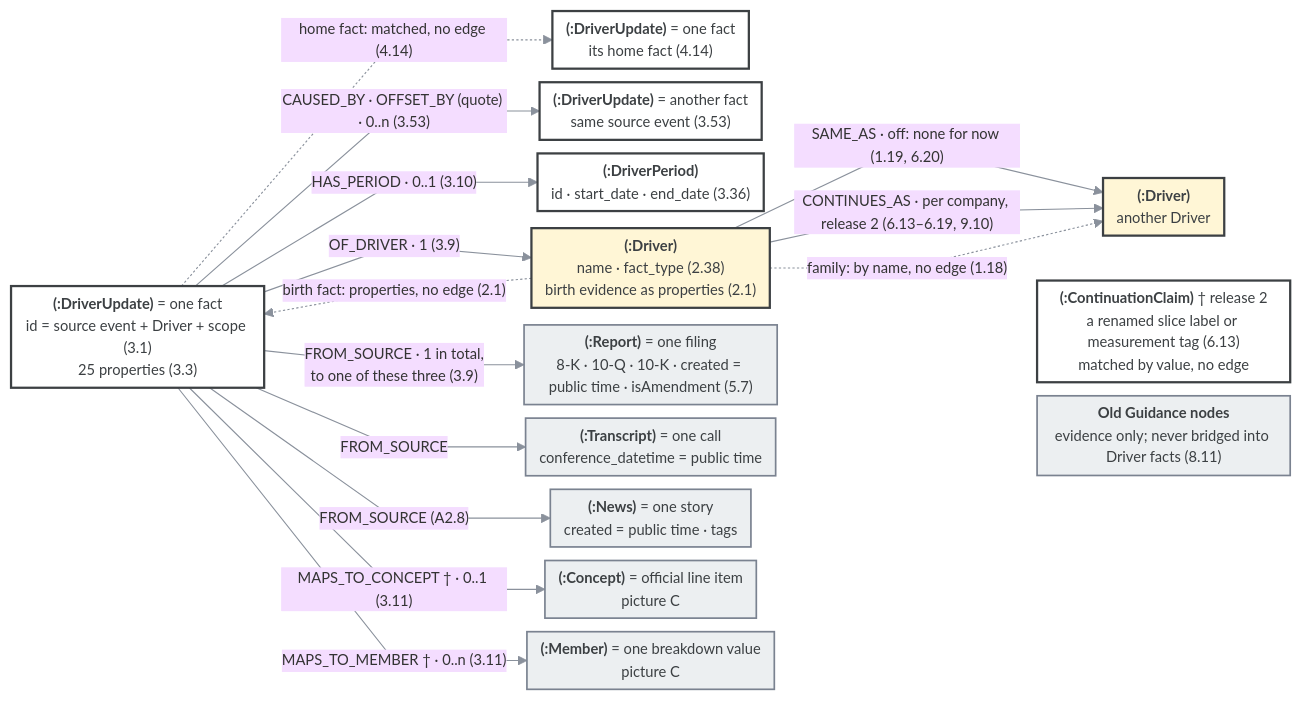
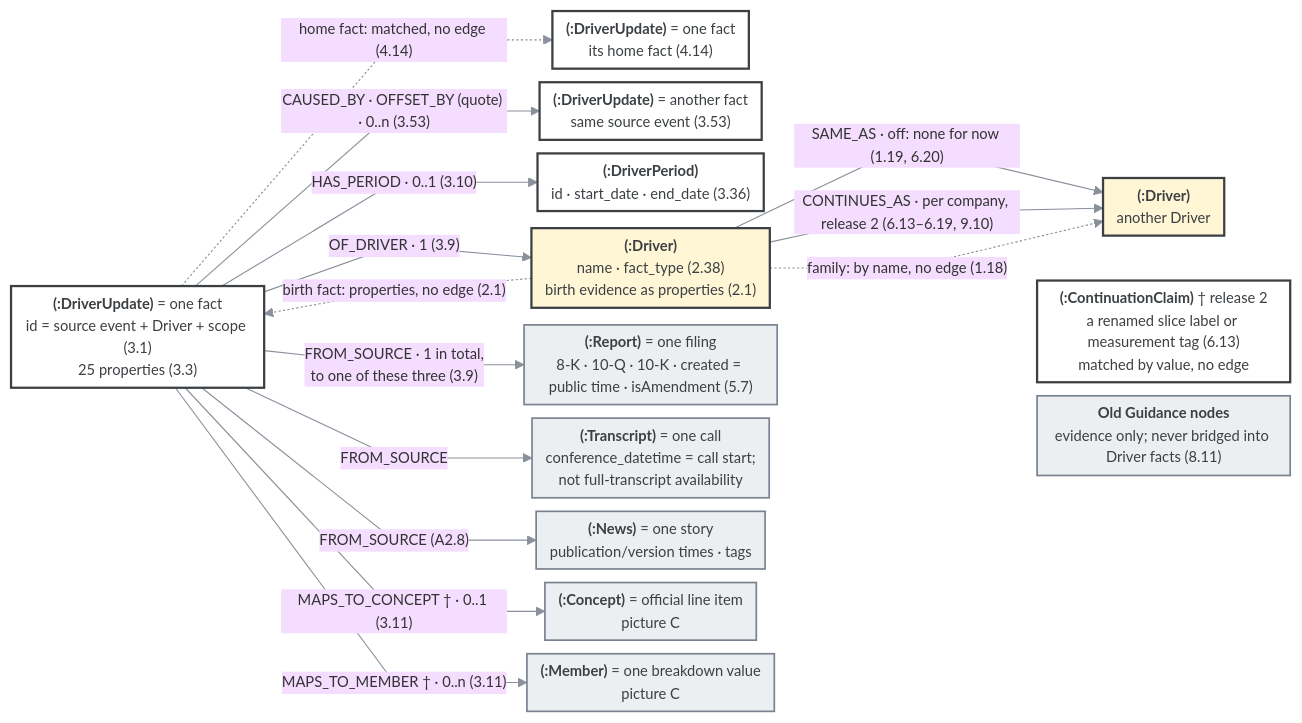
Before and after one commit to faisalanjum/EventTrader: the first of 3 diagrams in .claude/plans/Drivers/DriversFinal/DRIVER_RULES_Categorized.md, drawn with Mermaid. The commit also changed other lines of this file and 2 other files, not shown here.

````diff
--- a/.claude/plans/Drivers/DriversFinal/DRIVER_RULES_Categorized.md
+++ b/.claude/plans/Drivers/DriversFinal/DRIVER_RULES_Categorized.md
@@ -31,40 +45,40 @@
 ```mermaid
 %%{init: {"theme": "base", "flowchart": {"curve": "linear", "nodeSpacing": 12, "rankSpacing": 30, "padding": 6, "htmlLabels": true}, "themeVariables": {"fontFamily": "Arial", "fontSize": "13px", "lineColor": "#8a919c"}}}%%
 flowchart LR
     DU["<b>(:DriverUpdate)</b> = one fact<br/>id = source event + Driver + scope (3.1)<br/>25 properties (3.3)"]
     HF["<b>(:DriverUpdate)</b> = one fact<br/>its home fact (4.14)"]
     CF["<b>(:DriverUpdate)</b> = another fact<br/>same source event (3.53)"]
     DP["<b>(:DriverPeriod)</b><br/>id · start_date · end_date (3.36)"]
     DR["<b>(:Driver)</b><br/>name · fact_type (2.38)<br/>birth evidence as properties (2.1)"]
     DR2["<b>(:Driver)</b><br/>another Driver"]
     CC["<b>(:ContinuationClaim)</b> † release 2<br/>a renamed slice label or measurement tag (6.13)<br/>matched by value, no edge"]
     RP["<b>(:Report)</b> = one filing<br/>8-K · 10-Q · 10-K · created = public time · isAmendment (5.7)"]
-    TR["<b>(:Transcript)</b> = one call<br/>conference_datetime = public time"]
-    NW["<b>(:News)</b> = one story<br/>created = public time · tags"]
+    TR["<b>(:Transcript)</b> = one call<br/>conference_datetime = call start;<br/>not full-transcript availability"]
+    NW["<b>(:News)</b> = one story<br/>publication/version times · tags"]
     OG["<b>Old Guidance nodes</b><br/>evidence only; never bridged into Driver facts (8.11)"]
     CN["<b>(:Concept)</b> = official line item<br/>picture C"]
     MB["<b>(:Member)</b> = one breakdown value<br/>picture C"]
 
     DU -->|"OF_DRIVER · 1 (3.9)"| DR
     DU -->|"FROM_SOURCE · 1 in total,<br/>to one of these three (3.9)"| RP
     DU -->|"FROM_SOURCE"| TR
     DU -->|"FROM_SOURCE (A2.8)"| NW
     DU -->|"HAS_PERIOD · 0..1 (3.10)"| DP
     DU -->|"MAPS_TO_CONCEPT † · 0..1 (3.11)"| CN
     DU -->|"MAPS_TO_MEMBER † · 0..n (3.11)"| MB
     DU -->|"CAUSED_BY · OFFSET_BY (quote) · 0..n (3.53)"| CF
     DR -->|"SAME_AS · off: none for now (1.19, 6.20)"| DR2
     DR -->|"CONTINUES_AS · per company, release 2 (6.13–6.19, 9.10)"| DR2
     DR -.->|"family: by name, no edge (1.18)"| DR2
     DR -.->|"birth fact: properties, no edge (2.1)"| DU
     DU -.->|"home fact: matched, no edge (4.14)"| HF
     DR ~~~ CC
     DR ~~~ OG
 
     classDef fact fill:#ffffff,stroke:#3c4043,stroke-width:2px,color:#3c4043
     classDef driver fill:#fff6d6,stroke:#3c4043,stroke-width:2px,color:#3c4043
     classDef old fill:#eceff1,stroke:#7a8290,stroke-width:1.5px,color:#3c4043
     class DU,HF,CF,DP,CC fact
     class DR,DR2 driver
     class RP,TR,NW,OG,CN,MB old
 ```
````
